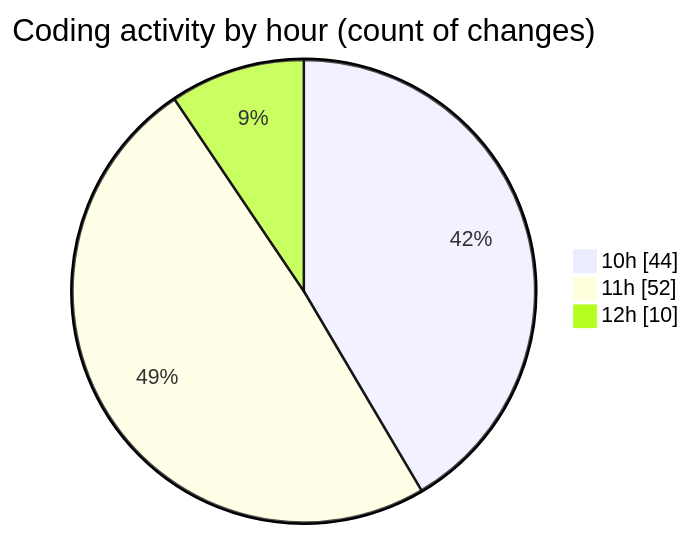
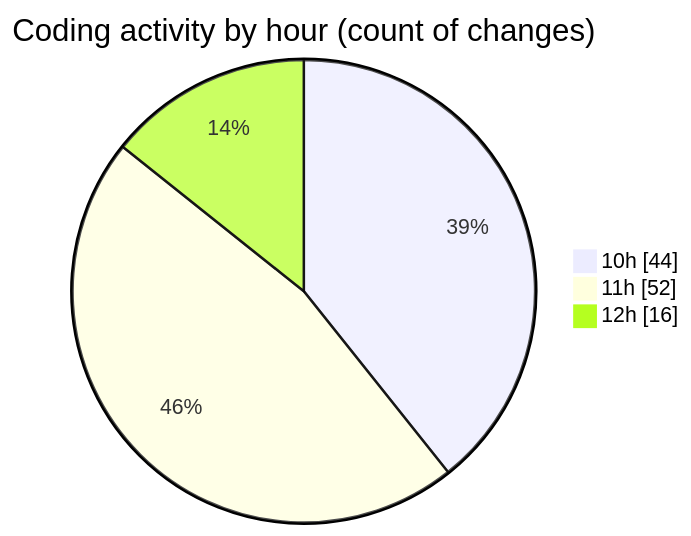
One commit to momahboobian/code-tracking changed the second of 2 diagrams in 2025-08-28/cda/README.md. Above: the diagram before and after it, drawn with Mermaid. The commit also changed other lines of this file and 1 other file, not shown here.

````diff
--- a/2025-08-28/cda/README.md
+++ b/2025-08-28/cda/README.md
@@ -33,7 +34,7 @@
 ```mermaid
 pie showData
 title Coding activity by hour (count of changes)
 "10h" : 44
 "11h" : 52
-"12h" : 10
+"12h" : 16
 ```
````
